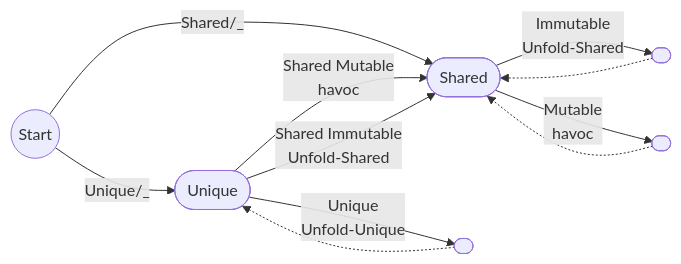
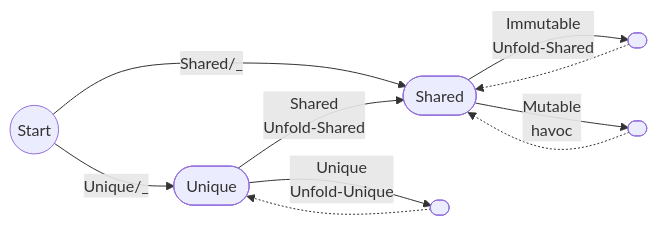
One commit to jesyspa/snakt-design changed the second of 2 diagrams in Design/folding-unfolding.md. Above: the diagram before and after it, drawn with Mermaid. The commit also changed other lines of this file, not shown here.

````diff
--- a/Design/folding-unfolding.md
+++ b/Design/folding-unfolding.md
@@ -115,35 +93,34 @@
 ```mermaid
 graph LR
     %% Node Definitions
     Start((Start))
     Unique([Unique])
     Shared([Shared])
     A([ ])
     B([ ])
     C([ ])
 
 
 
     %% Styling
     %% style Start fill:#f9f,stroke:#333,stroke-width:2px
     %% style Unique fill:#dfd,stroke:#080,stroke-width:2px
     %% style Shared fill:#ddf,stroke:#008,stroke-width:2px
 
     %% Initial Transitions
     Start --Unique/_--> Unique
     Start --Shared/_--> Shared
 
     %% Transitions for Unique
     Unique -->|Unique <br/> Unfold-Unique| C
     C -.-> Unique
     
     %% Bridging Transitions
-    Unique -->|Shared Mutable <br/> havoc| Shared
-    Unique -->|Shared Immutable <br/> Unfold-Shared| Shared
+    Unique -->|Shared <br/> Unfold-Shared| Shared
 
     %% Transitions for Shared
     Shared --Immutable <br/> Unfold-Shared--> B
     Shared --Mutable <br/> havoc--> A
     A -.-> Shared
     B -.-> Shared
 ```
````
